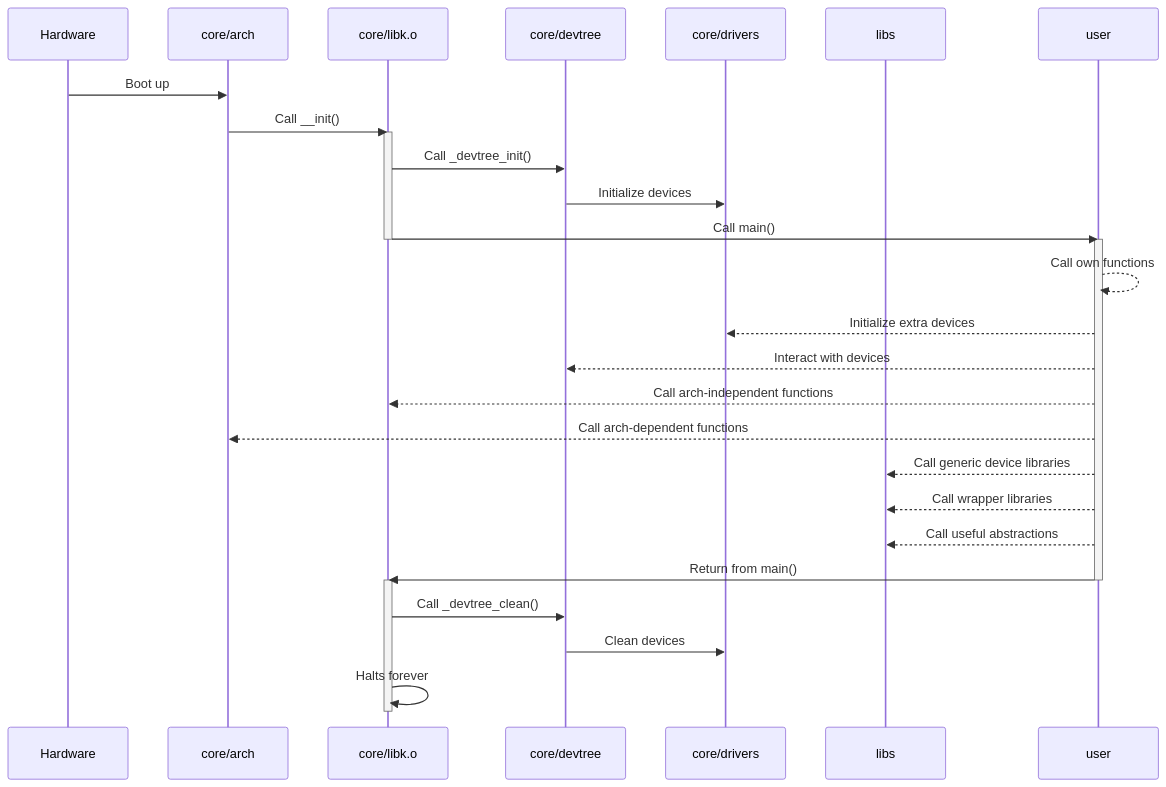
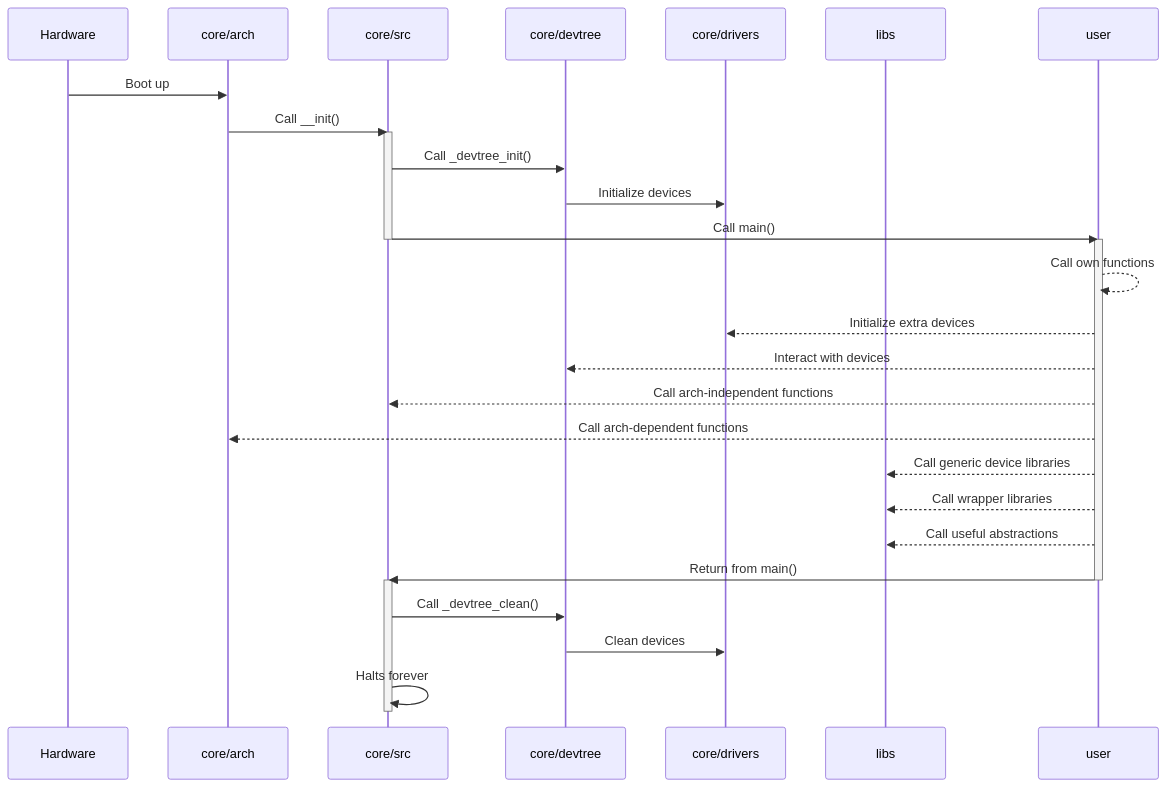
One commit to reshsix/vermillion changed the diagram in README.md. Above: the diagram before and after it, drawn with Mermaid. The commit also changed other lines of this file and 1 other file, not shown here.

Commit message:
Updated READMEs

````diff
--- a/README.md
+++ b/README.md
@@ -67,33 +58,33 @@
 ```mermaid
 sequenceDiagram
     participant Hardware
     participant core/arch
-    participant core/libk.o
+    participant core/src
     participant core/devtree
     participant core/drivers
     participant libs
     participant user
     Hardware->>core/arch: Boot up
-    core/arch->>core/libk.o: Call __init()
-    activate core/libk.o
-    core/libk.o->>core/devtree: Call _devtree_init()
+    core/arch->>core/src: Call __init()
+    activate core/src
+    core/src->>core/devtree: Call _devtree_init()
     core/devtree->>core/drivers: Initialize devices
-    core/libk.o->>user: Call main()
-    deactivate core/libk.o
+    core/src->>user: Call main()
+    deactivate core/src
     activate user
     user-->>user: Call own functions
     user-->>core/drivers: Initialize extra devices
     user-->>core/devtree: Interact with devices
-    user-->>core/libk.o: Call arch-independent functions
+    user-->>core/src: Call arch-independent functions
     user-->>core/arch: Call arch-dependent functions
     user-->>libs: Call generic device libraries
     user-->>libs: Call wrapper libraries
     user-->>libs: Call useful abstractions
-    user->>core/libk.o: Return from main()
+    user->>core/src: Return from main()
     deactivate user
-    activate core/libk.o
-    core/libk.o->>core/devtree: Call _devtree_clean()
+    activate core/src
+    core/src->>core/devtree: Call _devtree_clean()
     core/devtree->>core/drivers: Clean devices
-    core/libk.o->>core/libk.o: Halts forever
-    deactivate core/libk.o
+    core/src->>core/src: Halts forever
+    deactivate core/src
 ```
````
